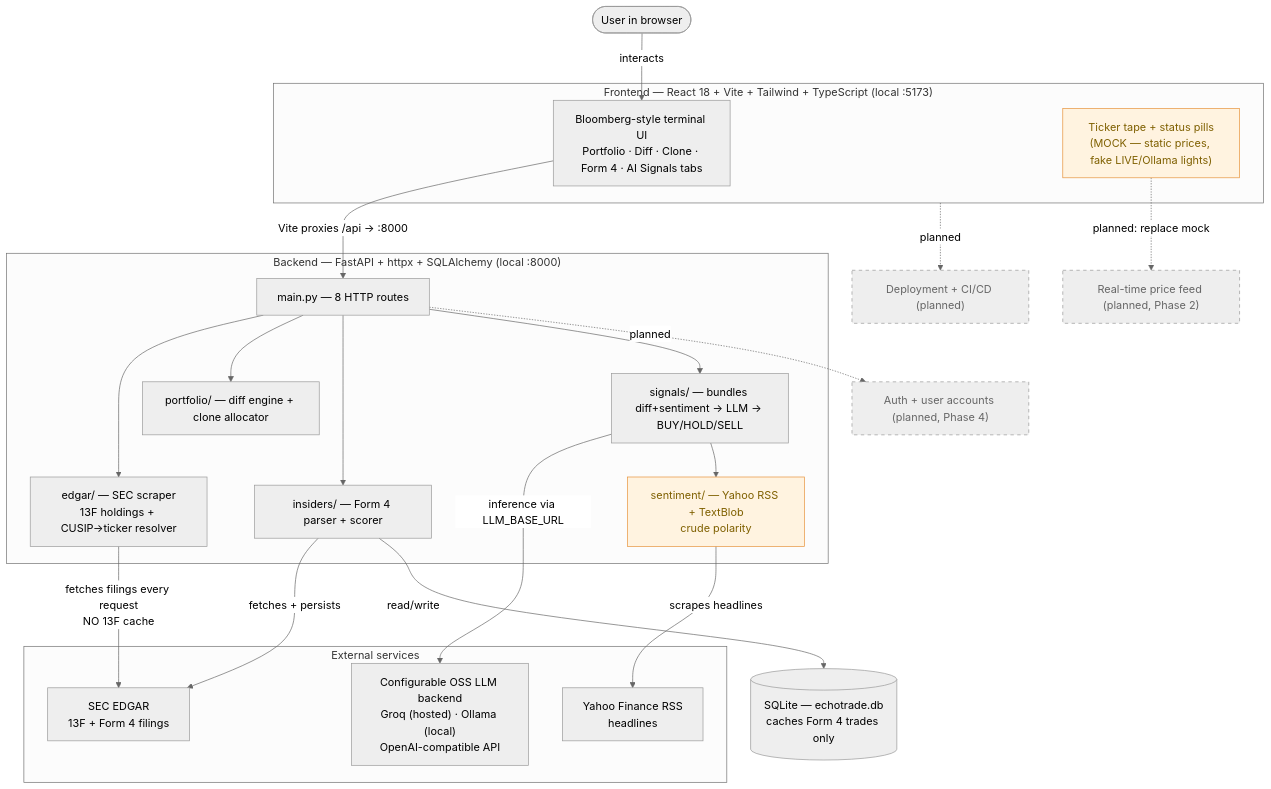
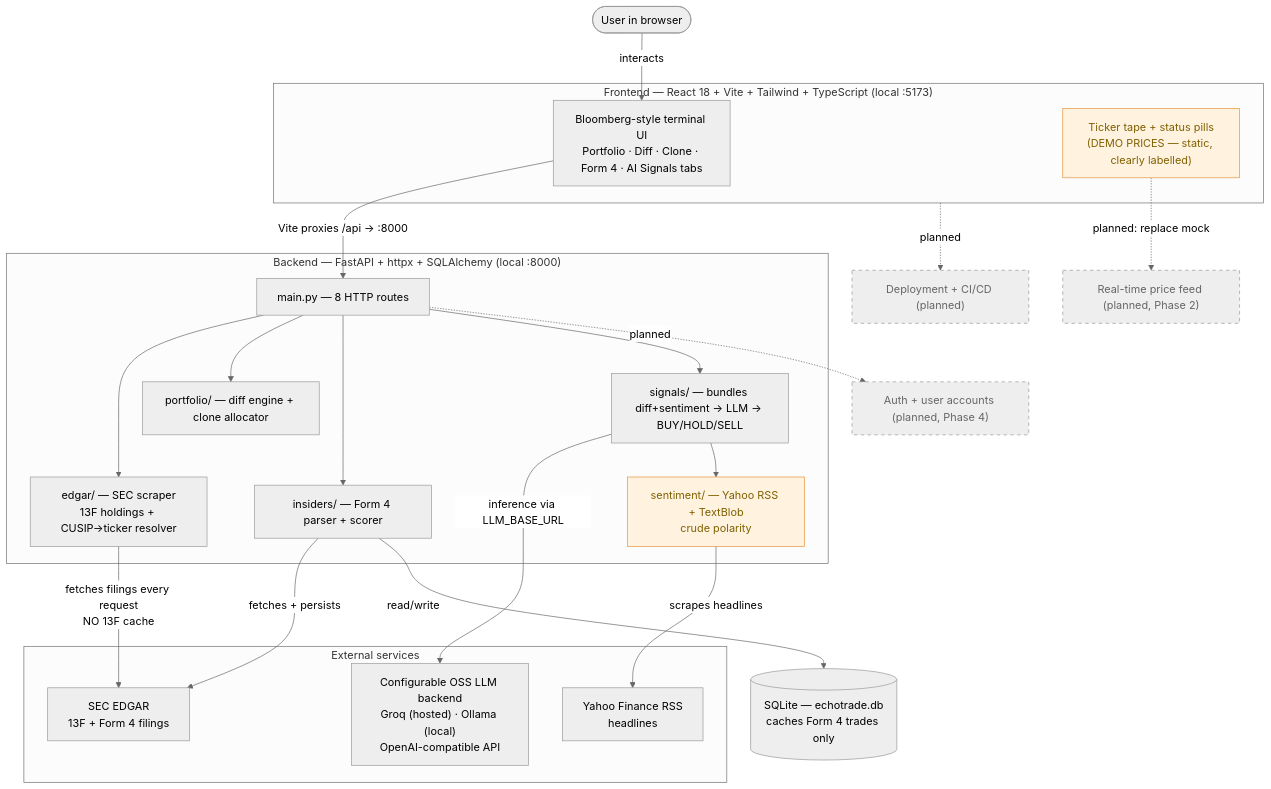
The diagram in docs/architecture.md (scontractor/EchoTrade-AI), drawn with Mermaid (neutral theme) before and after one commit. The commit also changed other lines of this file and 1 other file, not shown here.

Commit message:
docs: close out correctness+honesty chunk; update plan.md and architecture.md
plan.md: marks all six outcomes done, replaced with next-chunk options
(13F caching vs deployment) for the user to pick.

architecture.md: TopBar node updated from "MOCK" to "DEMO PRICES — static,
clearly labelled"; what's-real section updated to match.

````diff
--- a/docs/architecture.md
+++ b/docs/architecture.md
@@ -11,52 +11,52 @@
 ```mermaid
 flowchart TD
     User([User in browser])
 
     subgraph Frontend["Frontend — React 18 + Vite + Tailwind + TypeScript (local :5173)"]
         UI[Bloomberg-style terminal UI<br/>Portfolio · Diff · Clone · Form 4 · AI Signals tabs]
-        TopBar["Ticker tape + status pills<br/>(MOCK — static prices, fake LIVE/Ollama lights)"]
+        TopBar["Ticker tape + status pills<br/>(DEMO PRICES — static, clearly labelled)"]
     end
 
     subgraph Backend["Backend — FastAPI + httpx + SQLAlchemy (local :8000)"]
         API[main.py — 8 HTTP routes]
         Edgar[edgar/ — SEC scraper<br/>13F holdings + CUSIP→ticker resolver]
         Portfolio[portfolio/ — diff engine + clone allocator]
         Insiders[insiders/ — Form 4 parser + scorer]
         Sentiment[sentiment/ — Yahoo RSS + TextBlob<br/>crude polarity]
         Signals[signals/ — bundles diff+sentiment → LLM → BUY/HOLD/SELL]
     end
 
     DB[("SQLite — echotrade.db<br/>caches Form 4 trades only")]
 
     subgraph External["External services"]
         SEC["SEC EDGAR<br/>13F + Form 4 filings"]
         Yahoo["Yahoo Finance RSS<br/>headlines"]
         LLM["Configurable OSS LLM backend<br/>Groq (hosted) · Ollama (local)<br/>OpenAI-compatible API"]
     end
 
     User -->|interacts| UI
     UI -->|Vite proxies /api → :8000| API
     API --> Edgar
     API --> Portfolio
     API --> Insiders
     API --> Signals
     Edgar -->|fetches filings every request<br/>NO 13F cache| SEC
     Insiders -->|fetches + persists| SEC
     Insiders -->|read/write| DB
     Sentiment -->|scrapes headlines| Yahoo
     Signals -->|inference via LLM_BASE_URL| LLM
     Signals --> Sentiment
 
     Auth["Auth + user accounts (planned, Phase 4)"]
     Prices["Real-time price feed (planned, Phase 2)"]
     Deploy["Deployment + CI/CD (planned)"]
 
     API -.->|planned| Auth
     TopBar -.->|planned: replace mock| Prices
     Frontend -.->|planned| Deploy
 
     classDef planned fill:#eee,stroke:#999,color:#666,stroke-dasharray: 5 5;
     classDef mock fill:#fff3e0,stroke:#e69138,color:#7f6000;
     class Auth,Prices,Deploy planned;
     class TopBar,Sentiment mock;
 ```
````
